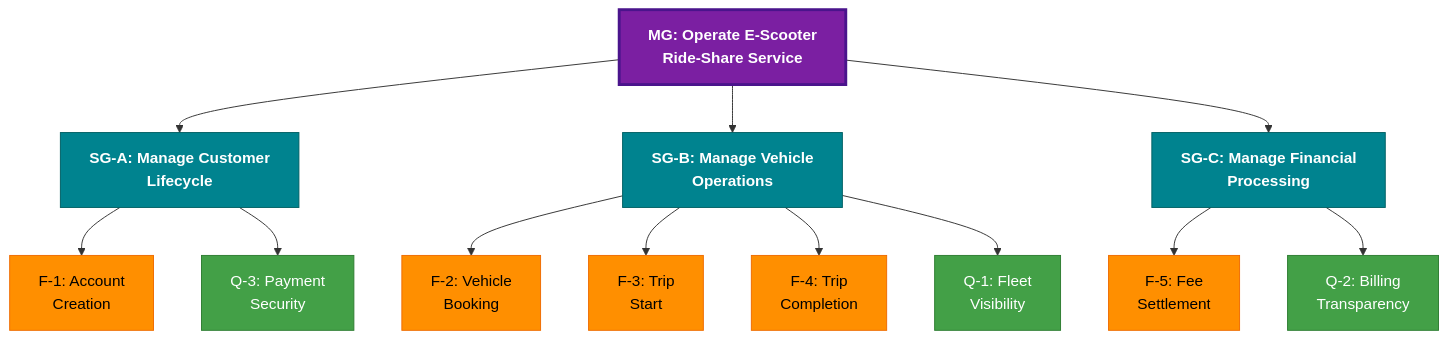
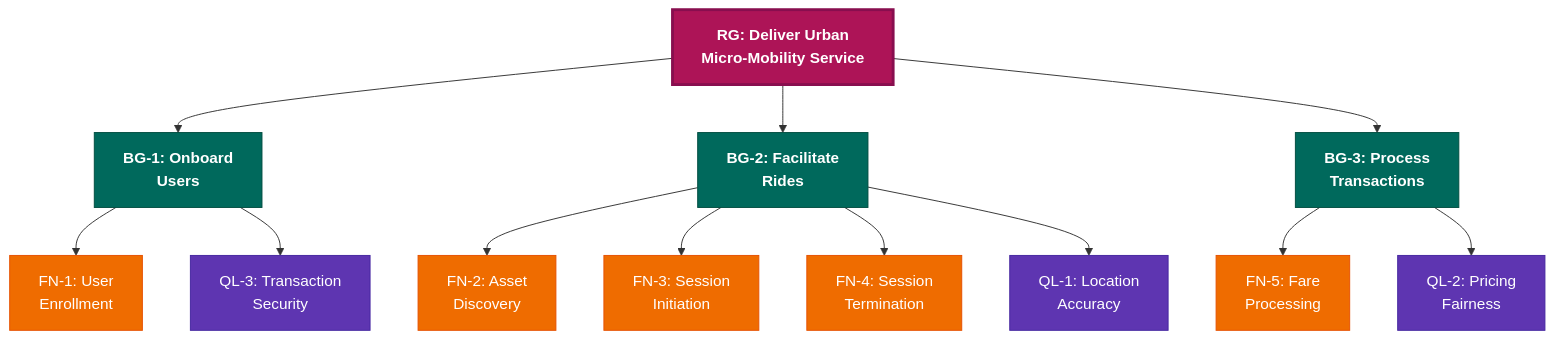
Before and after one commit to Siddharthpatni/Requirment_Asssignment: the diagram in Nikunj_exercise-04/goal_diagram.mmd, drawn with Mermaid. The commit also changed 9 other files, not shown here.

```diff
--- a/Nikunj_exercise-04/goal_diagram.mmd
+++ b/Nikunj_exercise-04/goal_diagram.mmd
@@ -1,42 +1,42 @@
 graph TD
-    MG["<b>MG: Operate E-Scooter<br/>Ride-Share Service</b>"]
+    RG["<b>RG: Deliver Urban<br/>Micro-Mobility Service</b>"]
     
-    SGA["<b>SG-A: Manage Customer<br/>Lifecycle</b>"]
-    SGB["<b>SG-B: Manage Vehicle<br/>Operations</b>"]
-    SGC["<b>SG-C: Manage Financial<br/>Processing</b>"]
+    BG1["<b>BG-1: Onboard<br/>Users</b>"]
+    BG2["<b>BG-2: Facilitate<br/>Rides</b>"]
+    BG3["<b>BG-3: Process<br/>Transactions</b>"]
     
-    F1["F-1: Account<br/>Creation"]
-    F2["F-2: Vehicle<br/>Booking"]
-    F3["F-3: Trip<br/>Start"]
-    F4["F-4: Trip<br/>Completion"]
-    F5["F-5: Fee<br/>Settlement"]
+    FN1["FN-1: User<br/>Enrollment"]
+    FN2["FN-2: Asset<br/>Discovery"]
+    FN3["FN-3: Session<br/>Initiation"]
+    FN4["FN-4: Session<br/>Termination"]
+    FN5["FN-5: Fare<br/>Processing"]
     
-    Q1["Q-1: Fleet<br/>Visibility"]
-    Q2["Q-2: Billing<br/>Transparency"]
-    Q3["Q-3: Payment<br/>Security"]
+    QL1["QL-1: Location<br/>Accuracy"]
+    QL2["QL-2: Pricing<br/>Fairness"]
+    QL3["QL-3: Transaction<br/>Security"]
     
-    MG --> SGA
-    MG --> SGB
-    MG --> SGC
+    RG --> BG1
+    RG --> BG2
+    RG --> BG3
     
-    SGA --> F1
-    SGA --> Q3
-    SGB --> F2
-    SGB --> F3
-    SGB --> F4
-    SGB --> Q1
-    SGC --> F5
-    SGC --> Q2
+    BG1 --> FN1
+    BG1 --> QL3
+    BG2 --> FN2
+    BG2 --> FN3
+    BG2 --> FN4
+    BG2 --> QL1
+    BG3 --> FN5
+    BG3 --> QL2
     
-    style MG fill:#7b1fa2,stroke:#4a148c,color:#fff,stroke-width:3px
-    style SGA fill:#00838f,stroke:#006064,color:#fff
-    style SGB fill:#00838f,stroke:#006064,color:#fff
-    style SGC fill:#00838f,stroke:#006064,color:#fff
-    style F1 fill:#ff8f00,stroke:#ef6c00,color:#000
-    style F2 fill:#ff8f00,stroke:#ef6c00,color:#000
-    style F3 fill:#ff8f00,stroke:#ef6c00,color:#000
-    style F4 fill:#ff8f00,stroke:#ef6c00,color:#000
-    style F5 fill:#ff8f00,stroke:#ef6c00,color:#000
-    style Q1 fill:#43a047,stroke:#2e7d32,color:#fff
-    style Q2 fill:#43a047,stroke:#2e7d32,color:#fff
-    style Q3 fill:#43a047,stroke:#2e7d32,color:#fff
+    style RG fill:#ad1457,stroke:#880e4f,color:#fff,stroke-width:3px
+    style BG1 fill:#00695c,stroke:#004d40,color:#fff
+    style BG2 fill:#00695c,stroke:#004d40,color:#fff
+    style BG3 fill:#00695c,stroke:#004d40,color:#fff
+    style FN1 fill:#ef6c00,stroke:#e65100,color:#fff
+    style FN2 fill:#ef6c00,stroke:#e65100,color:#fff
+    style FN3 fill:#ef6c00,stroke:#e65100,color:#fff
+    style FN4 fill:#ef6c00,stroke:#e65100,color:#fff
+    style FN5 fill:#ef6c00,stroke:#e65100,color:#fff
+    style QL1 fill:#5e35b1,stroke:#4527a0,color:#fff
+    style QL2 fill:#5e35b1,stroke:#4527a0,color:#fff
+    style QL3 fill:#5e35b1,stroke:#4527a0,color:#fff
```
